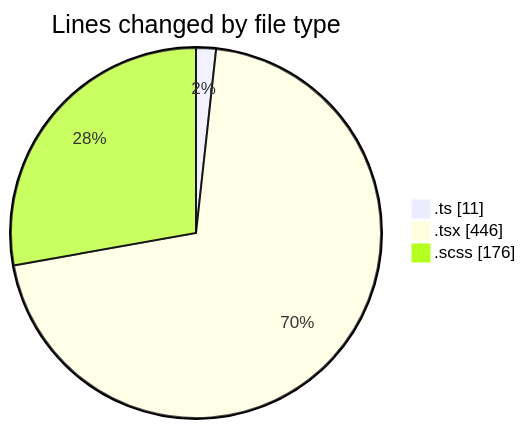
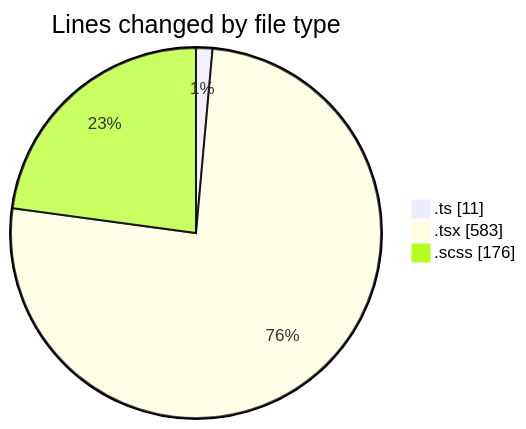
The first of 2 diagrams in 2025-03-21/cda/README.md (momahboobian/code-tracking), drawn with Mermaid before and after one commit. The commit also changed other lines of this file and 1 other file, not shown here.

````diff
--- a/2025-03-21/cda/README.md
+++ b/2025-03-21/cda/README.md
@@ -24,7 +25,7 @@
 ```mermaid
 pie showData
 title Lines changed by file type
 ".ts" : 11
-".tsx" : 446
+".tsx" : 583
 ".scss" : 176
 ```
````
